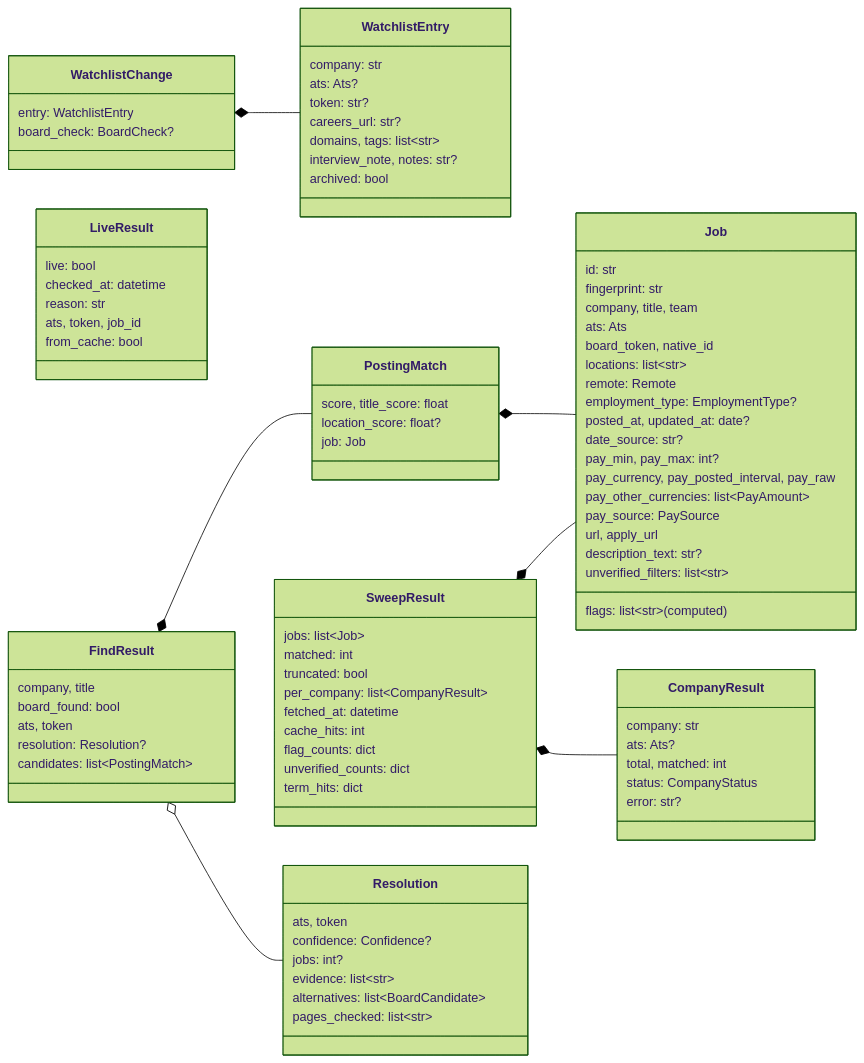
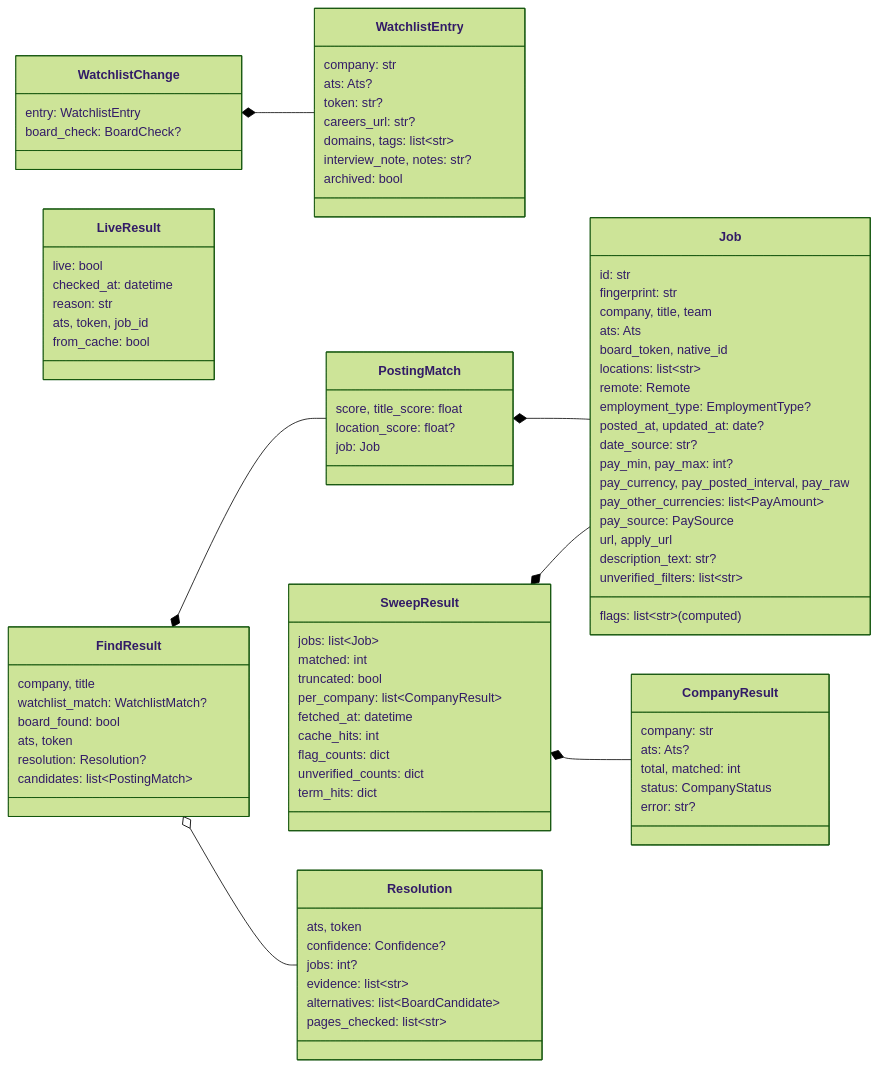
The sixth of 7 diagrams in docs/architecture.md (HakujouRyu/jobboard-mcp), drawn with Mermaid (forest theme) before and after one commit. The commit also changed other lines of this file and 9 other files, not shown here.

First line of the commit message:
Match watchlist companies by close name or board in find_company_posting

```diff
--- a/docs/architecture.md
+++ b/docs/architecture.md
@@ -313,6 +313,7 @@
     }
     class FindResult {
         company, title
+        watchlist_match: WatchlistMatch?
         board_found: bool
         ats, token
         resolution: Resolution?
```
